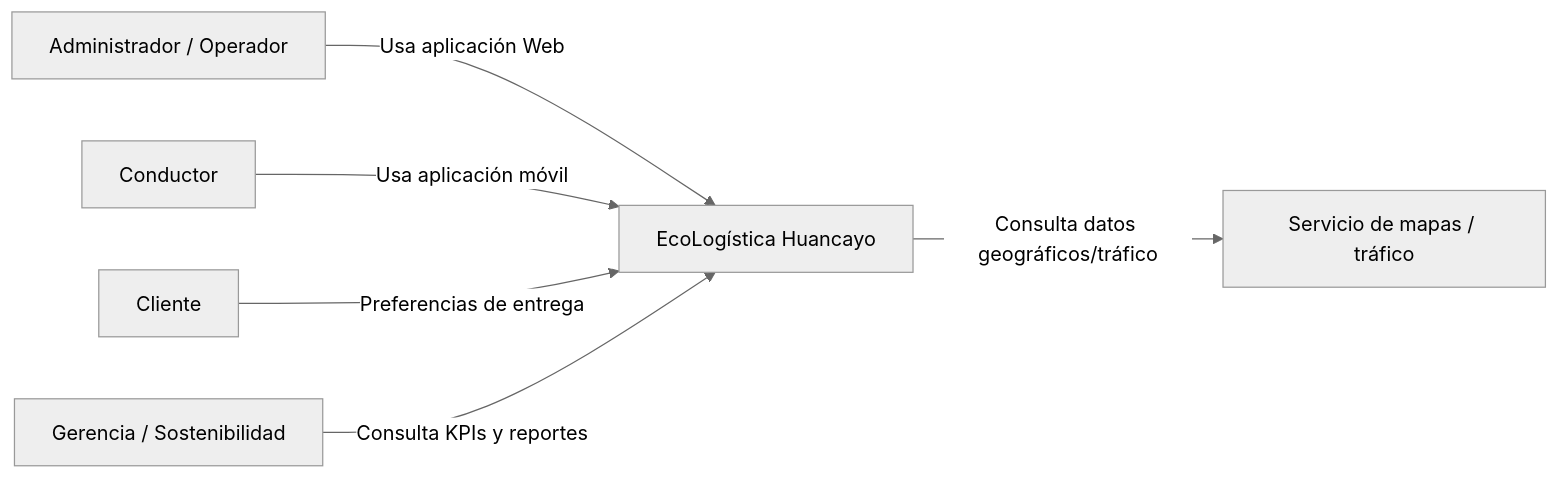
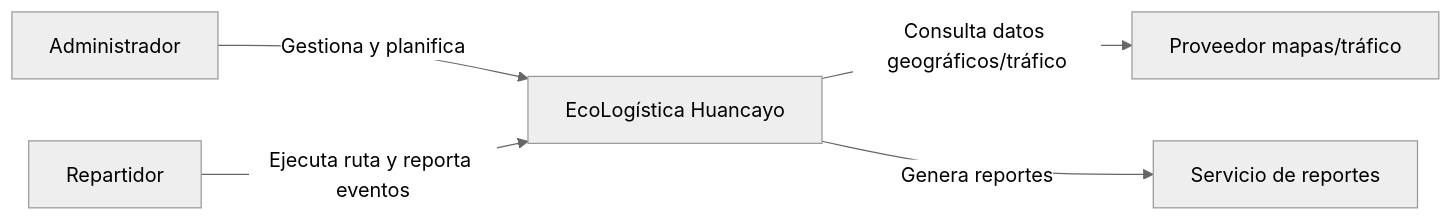
Before and after one commit to DartBlackLink/PFA: the first of 5 diagrams in docs/01 Inicio/12. Modelo C4 V_1_0_0.md, drawn with Mermaid (neutral theme). The commit also changed other lines of this file and 17 other files, not shown here.

````diff
--- a/docs/01 Inicio/12. Modelo C4 V_1_0_0.md
+++ b/docs/01 Inicio/12. Modelo C4 V_1_0_0.md
@@ -26,15 +24,7 @@
 ```mermaid
 flowchart LR
-    Admin[Administrador / Operador]
-    Driver[Conductor]
-    Client[Cliente]
-    Mgmt[Gerencia / Sostenibilidad]
-    System[EcoLogística Huancayo]
-    Maps[Servicio de mapas / tráfico]
-
-    Admin -->|Usa aplicación Web| System
-    Driver -->|Usa aplicación móvil| System
-    Client -->|Preferencias de entrega| System
-    Mgmt -->|Consulta KPIs y reportes| System
-    System -->|Consulta datos geográficos/tráfico| Maps
+    ADMIN[Administrador] -->|Gestiona y planifica| SYS[EcoLogística Huancayo]
+    REP[Repartidor] -->|Ejecuta ruta y reporta eventos| SYS
+    SYS -->|Consulta datos geográficos/tráfico| MAP[Proveedor mapas/tráfico]
+    SYS -->|Genera reportes| PDF[Servicio de reportes]
 ```
````
